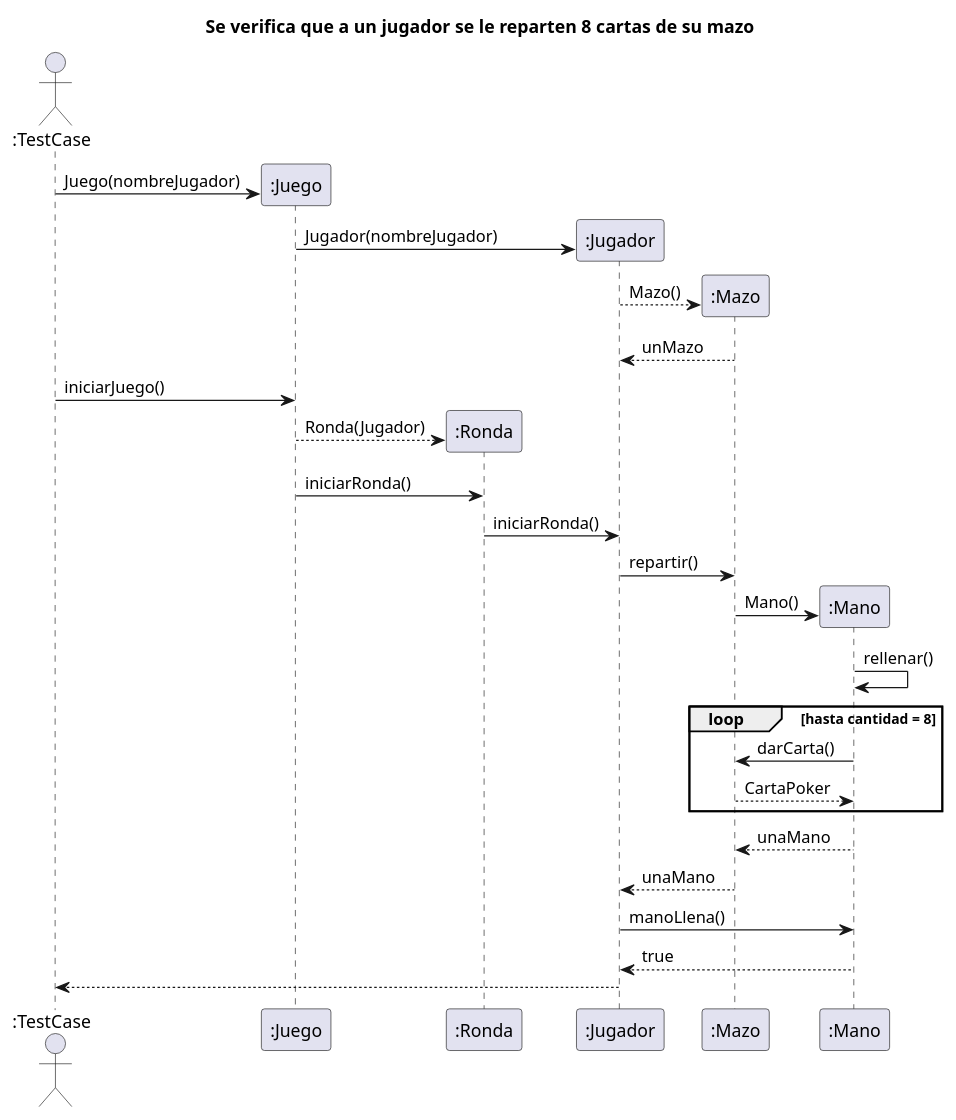
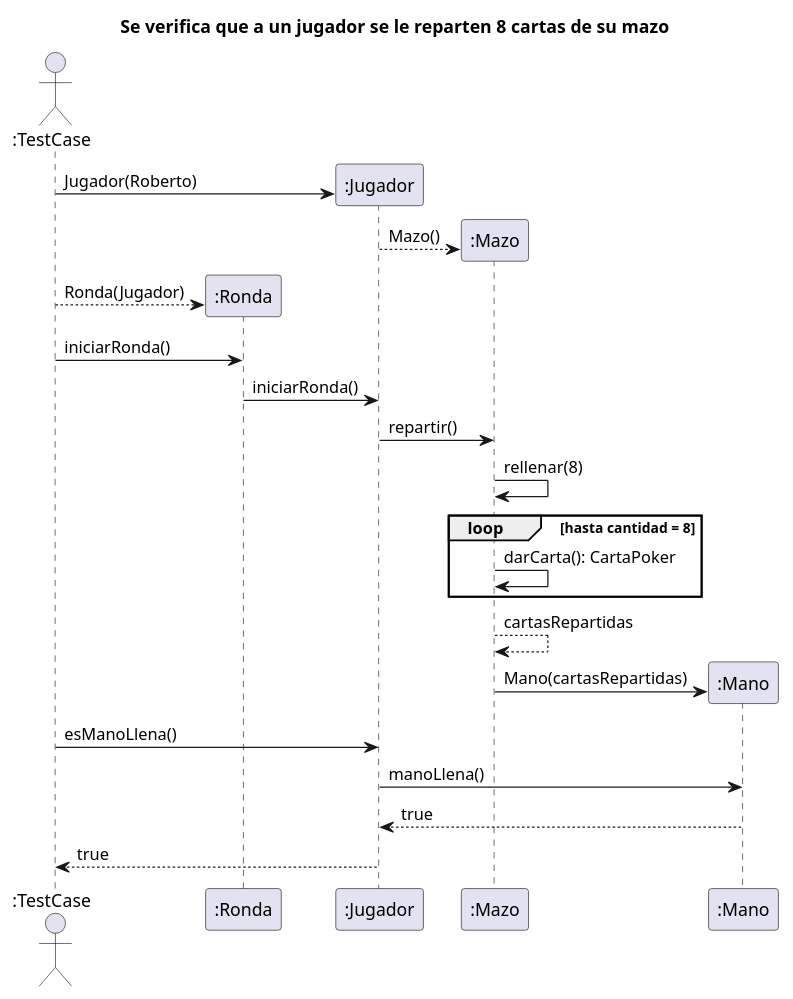
One commit to carruizdiaz1109/UBAlatro changed the diagram in diagrams/sequences/Entrega1/test03.puml. Above: the diagram before and after it, drawn with PlantUML.

Commit message:
+DS test02

```diff
--- a/diagrams/sequences/Entrega1/test03.puml
+++ b/diagrams/sequences/Entrega1/test03.puml
@@ -1,34 +1,30 @@
 @startuml
 'https://plantuml.com/sequence-diagram
 
 title Se verifica que a un jugador se le reparten 8 cartas de su mazo
 
 actor ":TestCase" as user
-participant ":Juego" as juego
 participant ":Ronda" as ronda
 participant ":Jugador" as jugador
 participant ":Mazo" as mazo
 participant ":Mano" as mano
 
-user -> juego**: Juego(nombreJugador)
-juego -> jugador**: Jugador(nombreJugador)
-jugador --> mazo **: Mazo()
-mazo --> jugador: unMazo
-user -> juego: iniciarJuego()
+user -> jugador**: Jugador(Roberto)
+    jugador --> mazo **: Mazo()
 
-juego --> ronda**: Ronda(Jugador)
-juego -> ronda: iniciarRonda()
-ronda -> jugador: iniciarRonda()
-jugador -> mazo: repartir()
-mazo -> mano **: Mano()
-mano -> mano: rellenar()
-loop hasta cantidad = 8
-    mano -> mazo: darCarta()
-    mazo --> mano: CartaPoker
-end
-mano --> mazo: unaMano
-mazo --> jugador: unaMano
-jugador -> mano: manoLlena()
-mano --> jugador: true
-jugador --> user
+user --> ronda**: Ronda(Jugador)
+
+user -> ronda: iniciarRonda()
+    ronda -> jugador: iniciarRonda()
+        jugador -> mazo: repartir()
+            mazo -> mazo: rellenar(8)
+                loop hasta cantidad = 8
+                    mazo -> mazo: darCarta(): CartaPoker
+                end
+            mazo --> mazo: cartasRepartidas
+        mazo -> mano**: Mano(cartasRepartidas)
+user -> jugador: esManoLlena()
+    jugador -> mano: manoLlena()
+    mano --> jugador: true
+jugador --> user: true
 @enduml
```
